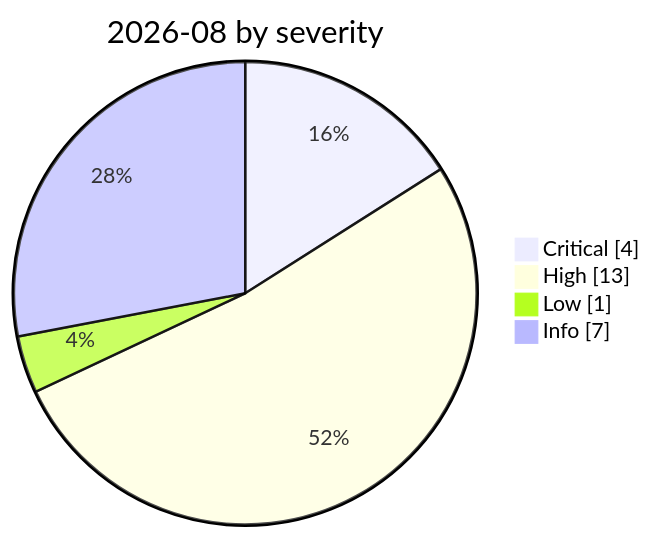
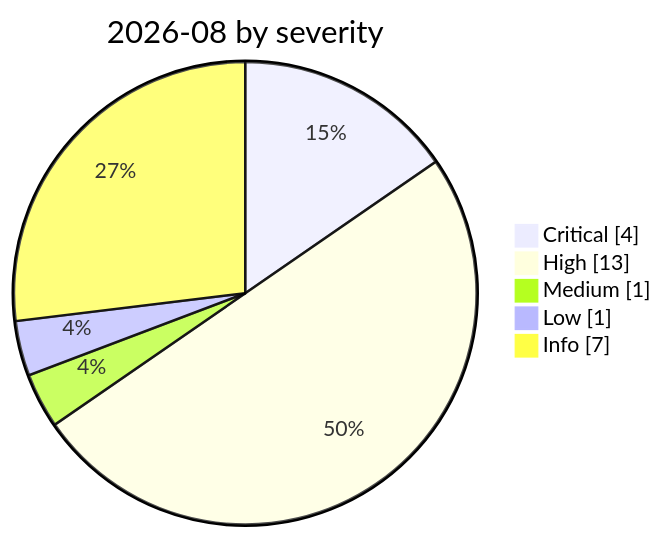
One commit to Continuum-AI-Corp/Orca-AI-Incident-Archive changed the diagram in incidents/2026-08/README.md. Above: the diagram before and after it, drawn with Mermaid. The commit also changed other lines of this file and 64 other files, not shown here.

````diff
--- a/incidents/2026-08/README.md
+++ b/incidents/2026-08/README.md
@@ -8,8 +8,9 @@
 ```mermaid
 pie showData
     title 2026-08 by severity
     "Critical" : 4
     "High" : 13
+    "Medium" : 1
     "Low" : 1
     "Info" : 7
 ```
````
